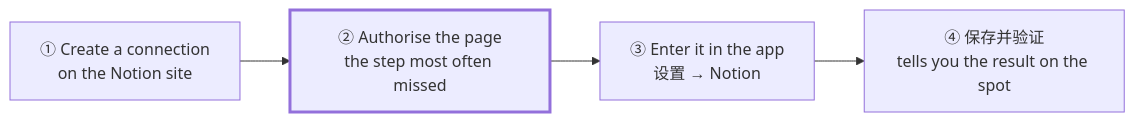
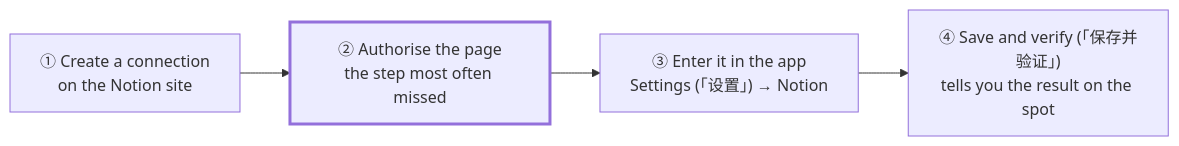
The first of 2 diagrams in docs/notion-setup.md (LethalKebab/steam-achievement-tracker), drawn with Mermaid before and after one commit. The commit also changed other lines of this file and 3 other files, not shown here.

````diff
--- a/docs/notion-setup.md
+++ b/docs/notion-setup.md
@@ -11,7 +11,7 @@
 ```mermaid
 flowchart LR
     A["① Create a connection<br/>on the Notion site"] --> B["② Authorise the page<br/>the step most often missed"]
-    B --> C["③ Enter it in the app<br/>设置 → Notion"]
-    C --> D["④ 保存并验证<br/>tells you the result on the spot"]
+    B --> C["③ Enter it in the app<br/>Settings (「设置」) → Notion"]
+    C --> D["④ Save and verify (「保存并验证」)<br/>tells you the result on the spot"]
     style B stroke-width:3px
 ```
````
